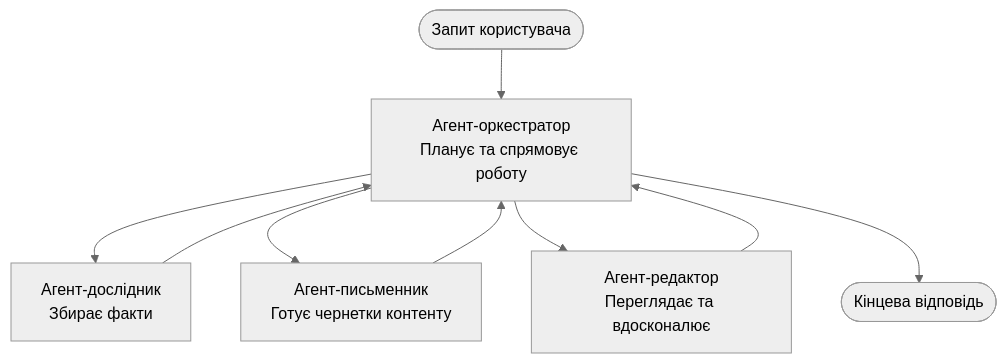
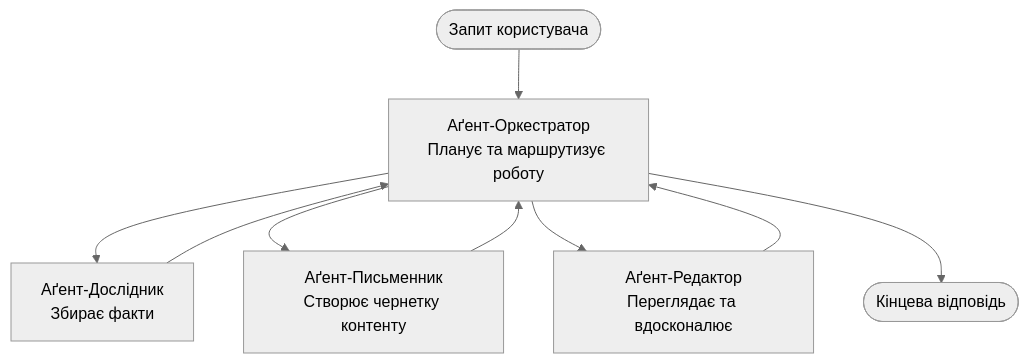
The diagram in translations/uk/docs/chapter-05-multi-agent/multi-agent-basics.md (microsoft/AZD-for-beginners), drawn with Mermaid (neutral theme) before and after one commit. The commit also changed other lines of this file and 59 other files, not shown here.

````diff
--- a/translations/uk/docs/chapter-05-multi-agent/multi-agent-basics.md
+++ b/translations/uk/docs/chapter-05-multi-agent/multi-agent-basics.md
@@ -43,11 +43,11 @@
 ```mermaid
 graph TD
-    User([Запит користувача]) --> Orchestrator[Агент-оркестратор<br/>Планує та спрямовує роботу]
-    Orchestrator --> Researcher[Агент-дослідник<br/>Збирає факти]
-    Orchestrator --> Writer[Агент-письменник<br/>Готує чернетки контенту]
-    Orchestrator --> Editor[Агент-редактор<br/>Переглядає та вдосконалює]
+    User([Запит користувача]) --> Orchestrator[Аґент-Оркестратор<br/>Планує та маршрутизує роботу]
+    Orchestrator --> Researcher[Аґент-Дослідник<br/>Збирає факти]
+    Orchestrator --> Writer[Аґент-Письменник<br/>Створює чернетку контенту]
+    Orchestrator --> Editor[Аґент-Редактор<br/>Переглядає та вдосконалює]
     Researcher --> Orchestrator
     Writer --> Orchestrator
     Editor --> Orchestrator
     Orchestrator --> Result([Кінцева відповідь])
 ```
````
